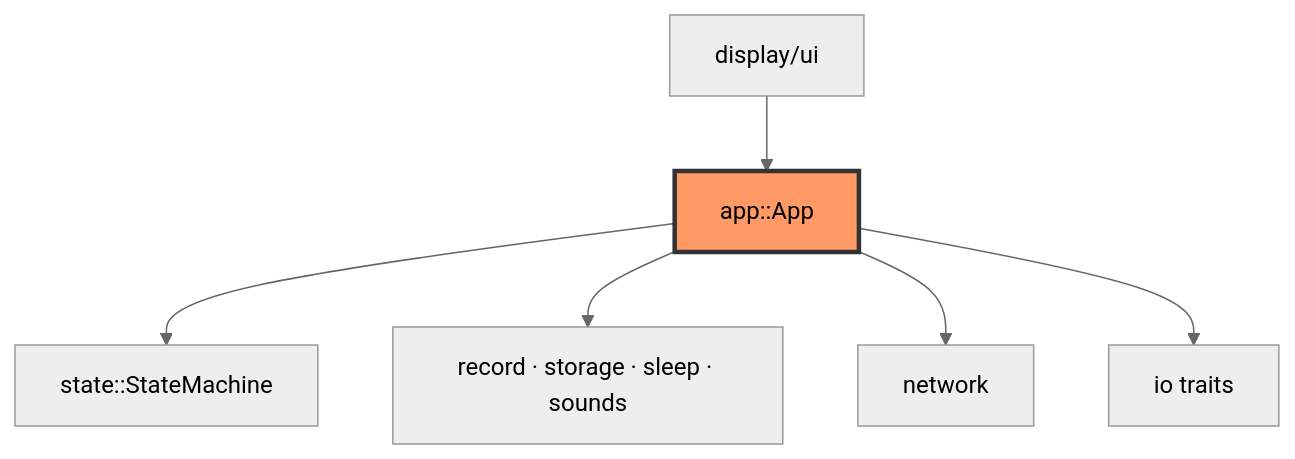
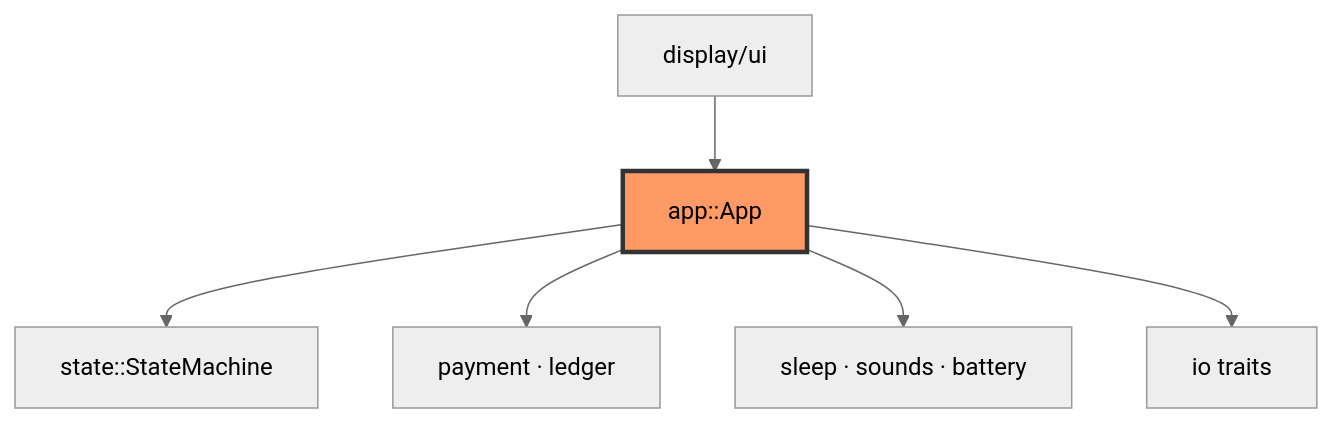
The diagram in docs/core/app.md (akashsoni01/zoop), drawn with Mermaid (neutral theme) before and after one commit. The commit also changed other lines of this file and 28 other files, not shown here.

````diff
--- a/docs/core/app.md
+++ b/docs/core/app.md
@@ -8,15 +8,15 @@
 ```mermaid
 flowchart TB
   UI["display/ui"]
   APP["app::App"]
   SM["state::StateMachine"]
-  DOMAIN["record · storage · sleep · sounds"]
-  NET["network"]
+  PAY["payment · ledger"]
+  DOMAIN["sleep · sounds · battery"]
   IO["io traits"]
   UI --> APP
   APP --> SM
+  APP --> PAY
   APP --> DOMAIN
-  APP --> NET
   APP --> IO
   style APP fill:#f96,stroke:#333,stroke-width:3px
 ```
````
